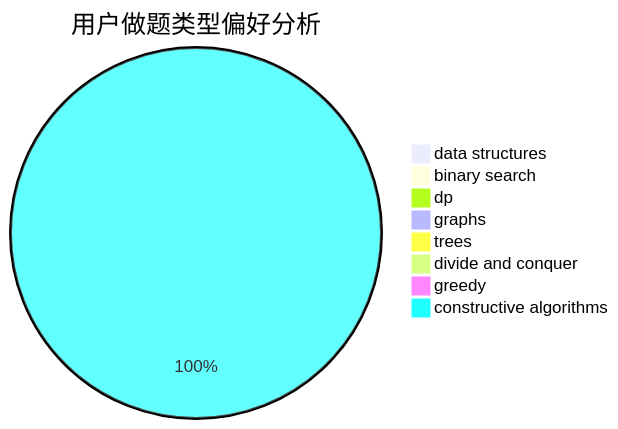
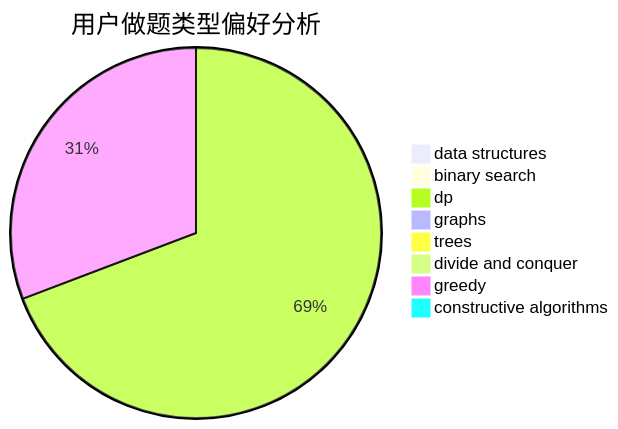
Before and after one commit to sherpahu/cfrs.github.io: the second of 3 diagrams in docs/user/u217.md, drawn with Mermaid. The commit also changed other lines of this file and 2770 other files, not shown here.

````diff
--- a/docs/user/u217.md
+++ b/docs/user/u217.md
@@ -23,11 +23,11 @@
 ```mermaid
 pie title 用户做题类型偏好分析
     "data structures" :  0
     "binary search" :  0
-    "dp" :  0
+    "dp" :  9
     "graphs" :  0
     "trees" :  0
     "divide and conquer" :  0
-    "greedy" :  0
-    "constructive algorithms" :  9
+    "greedy" :  4
+    "constructive algorithms" :  0
 ```
````
